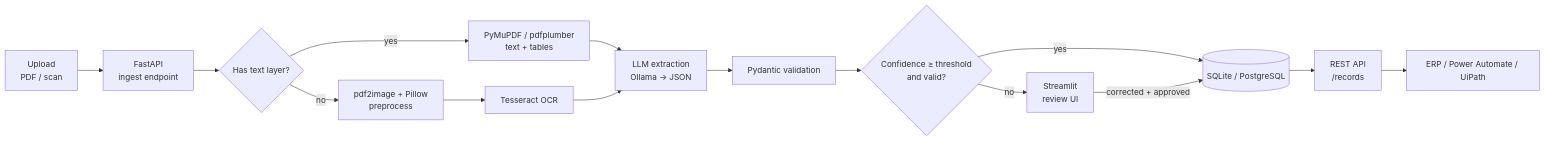
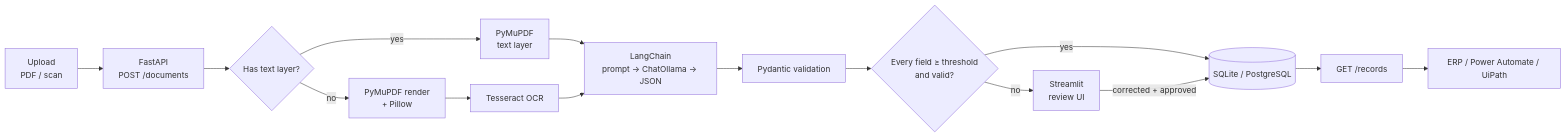
Before and after one commit to TusharParlikar/Industrial-Document-Intelligence-Pipeline: the first of 2 diagrams in README.md, drawn with Mermaid. The commit also changed other lines of this file, not shown here.

Commit message:
Update README architecture for LangChain pipeline

````diff
--- a/README.md
+++ b/README.md
@@ -23,16 +23,16 @@
 ```mermaid
 flowchart LR
-    U[Upload<br/>PDF / scan] --> API[FastAPI<br/>ingest endpoint]
+    U[Upload<br/>PDF / scan] --> API[FastAPI<br/>POST /documents]
     API --> D{Has text layer?}
-    D -- yes --> T[PyMuPDF / pdfplumber<br/>text + tables]
-    D -- no --> O[pdf2image + Pillow<br/>preprocess] --> OCR[Tesseract OCR]
-    T --> X[LLM extraction<br/>Ollama → JSON]
+    D -- yes --> T[PyMuPDF<br/>text layer]
+    D -- no --> O[PyMuPDF render<br/>+ Pillow] --> OCR[Tesseract OCR]
+    T --> X[LangChain<br/>prompt → ChatOllama → JSON]
     OCR --> X
     X --> V[Pydantic validation]
-    V --> C{Confidence ≥ threshold<br/>and valid?}
+    V --> C{Every field ≥ threshold<br/>and valid?}
     C -- yes --> DB[(SQLite / PostgreSQL)]
     C -- no --> R[Streamlit<br/>review UI]
     R -- corrected + approved --> DB
-    DB --> REST[REST API<br/>/records]
+    DB --> REST[GET /records]
     REST --> EXT[ERP / Power Automate / UiPath]
 ```
````
